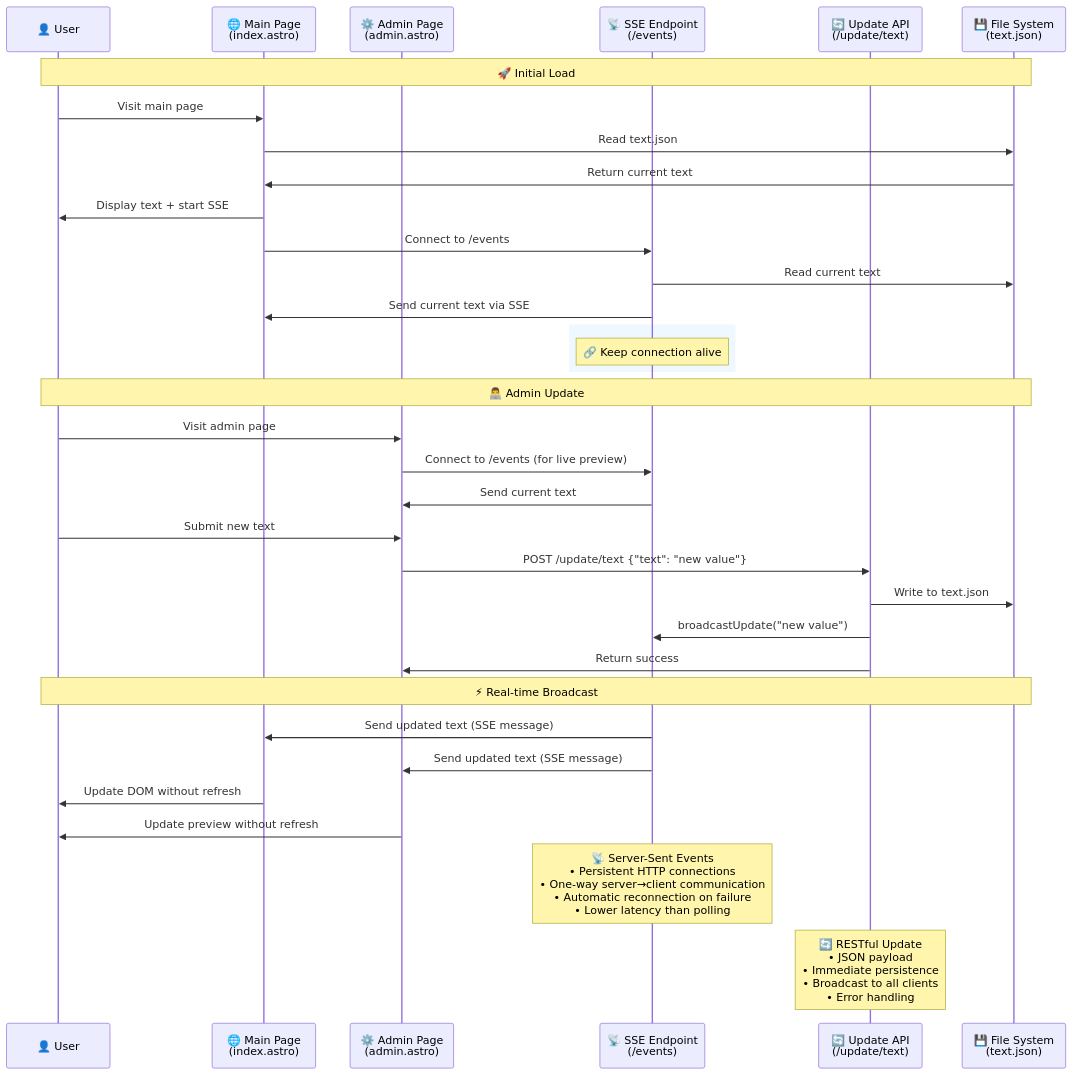
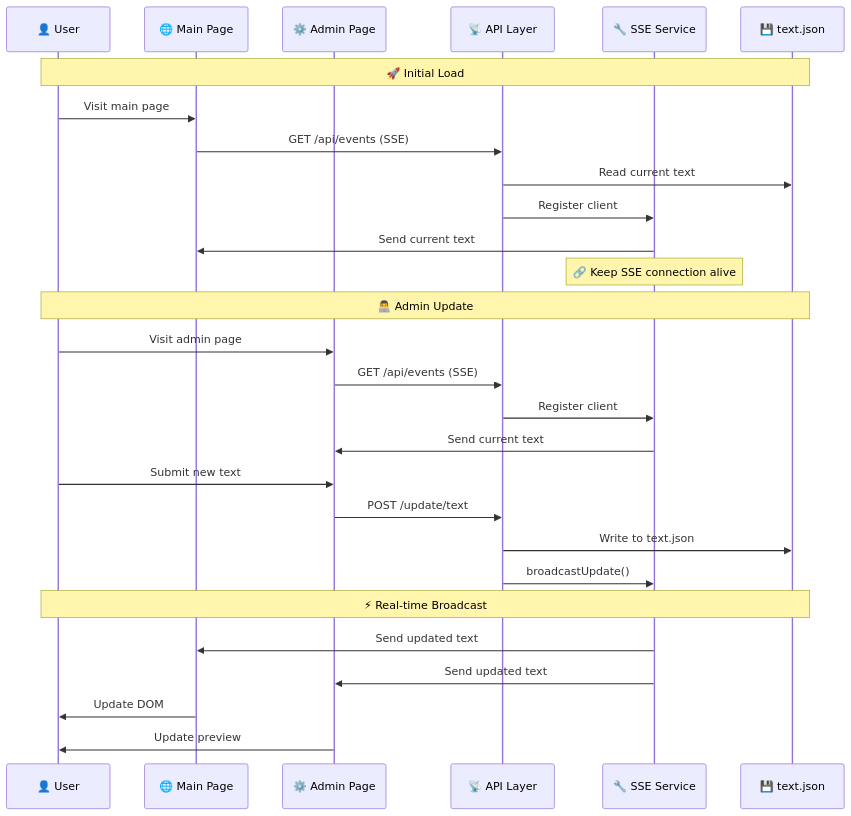
Before and after one commit to krlz-dev/merapar-challenge: the third of 3 diagrams in README.md, drawn with Mermaid. The commit also changed other lines of this file and 9 other files, not shown here.

````diff
--- a/README.md
+++ b/README.md
@@ -59,44 +83,35 @@
 ```mermaid
 sequenceDiagram
     participant U as 👤 User
-    participant M as 🌐 Main Page<br/>(index.astro)
-    participant A as ⚙️ Admin Page<br/>(admin.astro)
-    participant S as 📡 SSE Endpoint<br/>(/events)
-    participant API as 🔄 Update API<br/>(/update/text)
-    participant FS as 💾 File System<br/>(text.json)
+    participant M as 🌐 Main Page
+    participant A as ⚙️ Admin Page
+    participant API as 📡 API Layer
+    participant SVC as 🔧 SSE Service
+    participant FS as 💾 text.json
 
     Note over U,FS: 🚀 Initial Load
     U->>M: Visit main page
-    M->>FS: Read text.json
-    FS->>M: Return current text
-    M->>U: Display text + start SSE
+    M->>API: GET /api/events (SSE)
+    API->>FS: Read current text
+    API->>SVC: Register client
+    SVC->>M: Send current text
     
-    M->>S: Connect to /events
-    S->>FS: Read current text
-    S->>M: Send current text via SSE
-    
-    rect rgb(240, 248, 255)
-        Note over S: 🔗 Keep connection alive
-    end
+    Note over SVC: 🔗 Keep SSE connection alive
 
     Note over U,FS: 👨‍💻 Admin Update
     U->>A: Visit admin page
-    A->>S: Connect to /events (for live preview)
-    S->>A: Send current text
+    A->>API: GET /api/events (SSE)
+    API->>SVC: Register client
+    SVC->>A: Send current text
     
     U->>A: Submit new text
-    A->>API: POST /update/text {"text": "new value"}
+    A->>API: POST /update/text
     API->>FS: Write to text.json
-    API->>S: broadcastUpdate("new value")
-    API->>A: Return success
-
+    API->>SVC: broadcastUpdate()
+    
     Note over U,FS: ⚡ Real-time Broadcast
-    S->>M: Send updated text (SSE message)
-    S->>A: Send updated text (SSE message)
-    M->>U: Update DOM without refresh
-    A->>U: Update preview without refresh
-
-    Note over S: 📡 Server-Sent Events<br/>• Persistent HTTP connections<br/>• One-way server→client communication<br/>• Automatic reconnection on failure<br/>• Lower latency than polling
-    
-    Note over API: 🔄 RESTful Update<br/>• JSON payload<br/>• Immediate persistence<br/>• Broadcast to all clients<br/>• Error handling
+    SVC->>M: Send updated text
+    SVC->>A: Send updated text
+    M->>U: Update DOM
+    A->>U: Update preview
 ```
````
